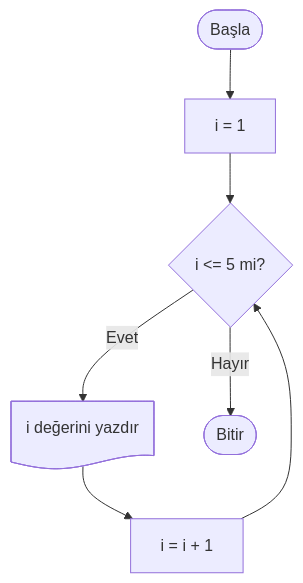
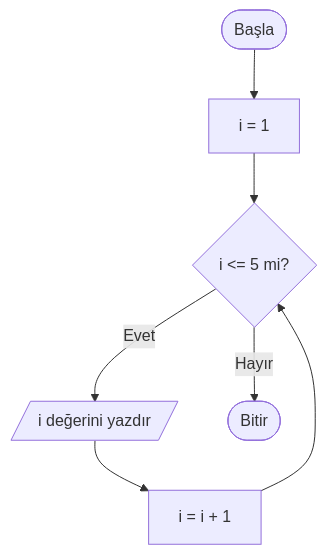
The ninth of 10 diagrams in Hafta_04_Akis_Diyagramlari_1.md (ibrahimayaz/Algoritma-ve-Programlamaya-Giris), drawn with Mermaid before and after one commit. The commit also changed other lines of this file, not shown here.

````diff
--- a/Hafta_04_Akis_Diyagramlari_1.md
+++ b/Hafta_04_Akis_Diyagramlari_1.md
@@ -204,9 +204,9 @@
 ```mermaid
 graph TD
     A([Başla]) --> B[i = 1]
     B --> C{i <= 5 mi?}
-    C -- Evet --> D@{ shape: doc, label: "i değerini yazdır" }
+    C -- Evet --> D[/i değerini yazdır/]
     D --> E[i = i + 1]
     E --> C
     C -- Hayır --> F([Bitir])
 ```
````
